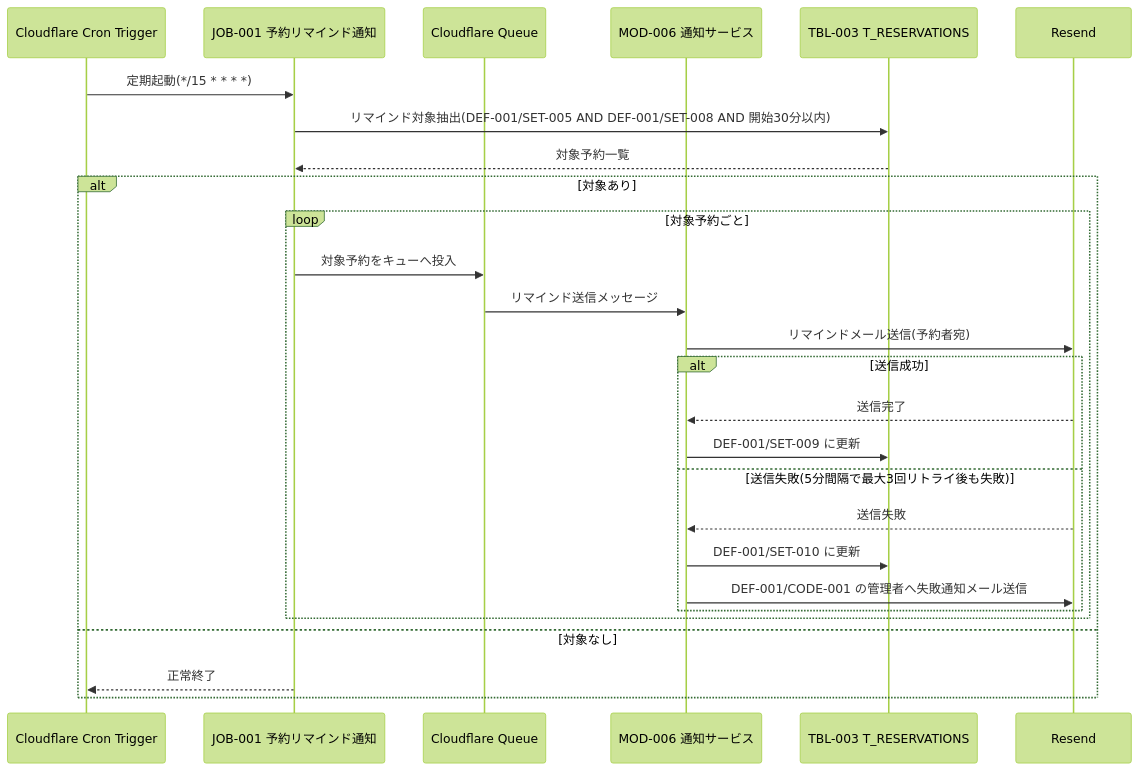
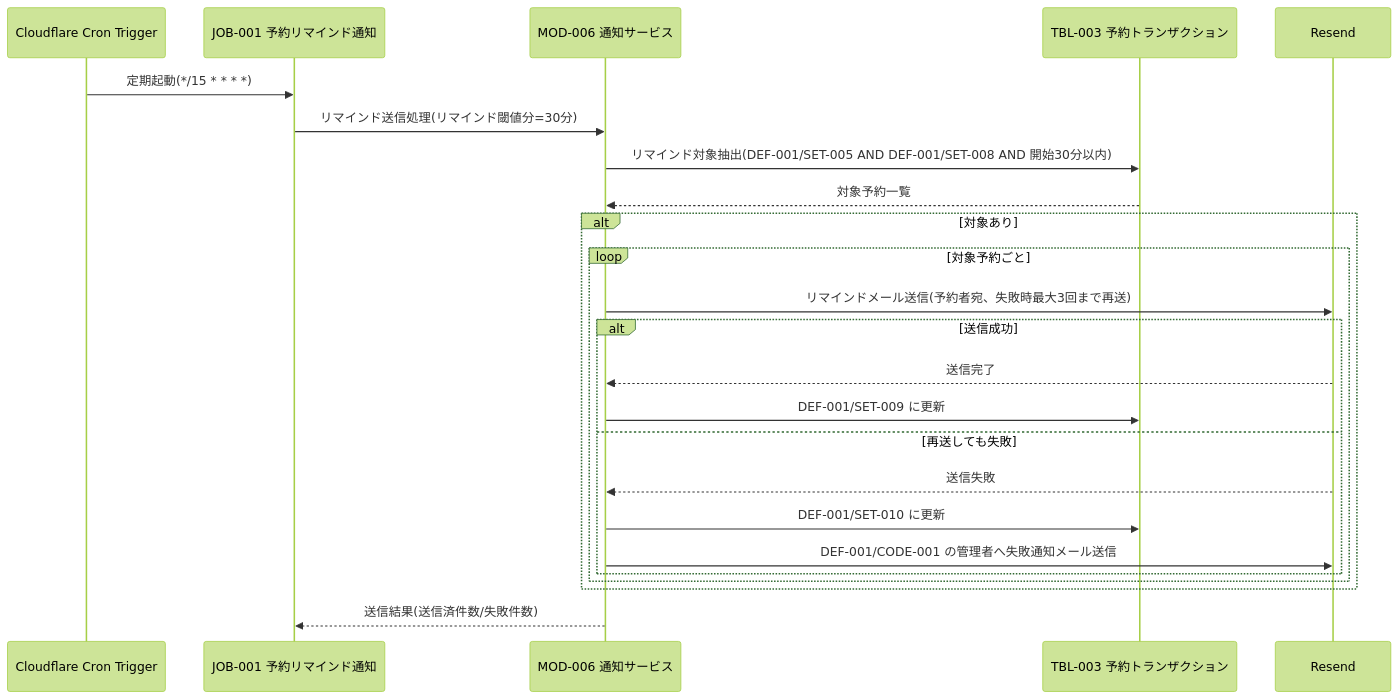
The diagram in docs/03_機能設計/08_シーケンス設計/SEQ-002_予約リマインド通知シーケンス.md (sikakou54/system-document-template), drawn with Mermaid (forest theme) before and after one commit. The commit also changed other lines of this file and 38 other files, not shown here.

````diff
--- a/docs/03_機能設計/08_シーケンス設計/SEQ-002_予約リマインド通知シーケンス.md
+++ b/docs/03_機能設計/08_シーケンス設計/SEQ-002_予約リマインド通知シーケンス.md
@@ -24,30 +23,27 @@
 ```mermaid
 sequenceDiagram
     participant CRON as Cloudflare Cron Trigger
     participant JOB as JOB-001 予約リマインド通知
-    participant Q as Cloudflare Queue
     participant MOD as MOD-006 通知サービス
-    participant RES as TBL-003 T_RESERVATIONS
+    participant RES as TBL-003 予約トランザクション
     participant RSD as Resend
 
     CRON->>JOB: 定期起動(*/15 * * * *)
-    JOB->>RES: リマインド対象抽出(DEF-001/SET-005 AND DEF-001/SET-008 AND 開始30分以内)
-    RES-->>JOB: 対象予約一覧
+    JOB->>MOD: リマインド送信処理(リマインド閾値分=30分)
+    MOD->>RES: リマインド対象抽出(DEF-001/SET-005 AND DEF-001/SET-008 AND 開始30分以内)
+    RES-->>MOD: 対象予約一覧
     alt 対象あり
         loop 対象予約ごと
-            JOB->>Q: 対象予約をキューへ投入
-            Q->>MOD: リマインド送信メッセージ
-            MOD->>RSD: リマインドメール送信(予約者宛)
+            MOD->>RSD: リマインドメール送信(予約者宛、失敗時最大3回まで再送)
             alt 送信成功
                 RSD-->>MOD: 送信完了
                 MOD->>RES: DEF-001/SET-009 に更新
-            else 送信失敗(5分間隔で最大3回リトライ後も失敗)
+            else 再送しても失敗
                 RSD-->>MOD: 送信失敗
                 MOD->>RES: DEF-001/SET-010 に更新
                 MOD->>RSD: DEF-001/CODE-001 の管理者へ失敗通知メール送信
             end
         end
-    else 対象なし
-        JOB-->>CRON: 正常終了
     end
+    MOD-->>JOB: 送信結果(送信済件数/失敗件数)
 ```
````
